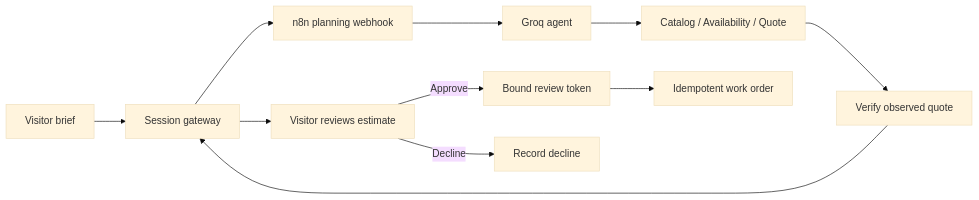
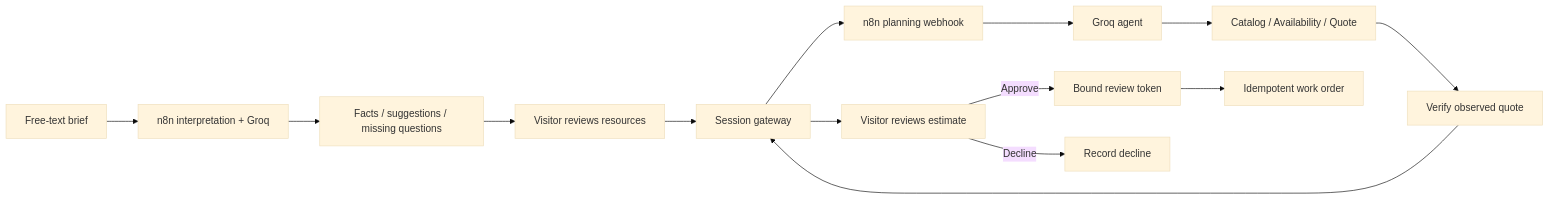
One commit to kira924/n8n-production-assistant-published changed the diagram in README.md. Above: the diagram before and after it, drawn with Mermaid (base theme). The commit also changed other lines of this file and 3 other files, not shown here.

````diff
--- a/README.md
+++ b/README.md
@@ -17,13 +17,16 @@
 ```mermaid
 flowchart LR
-    A[Visitor brief] --> B[Session gateway]
+    A[Free-text brief] --> X[n8n interpretation + Groq]
+    X --> Y[Facts / suggestions / missing questions]
+    Y --> Z[Visitor reviews resources]
+    Z --> B[Session gateway]
     B --> C[n8n planning webhook]
     C --> D[Groq agent]
     D --> E[Catalog / Availability / Quote]
     E --> F[Verify observed quote]
     F --> B
     B --> G[Visitor reviews estimate]
     G -->|Approve| H[Bound review token]
     H --> I[Idempotent work order]
     G -->|Decline| J[Record decline]
 ```
````
